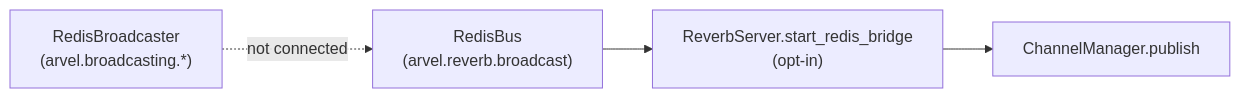
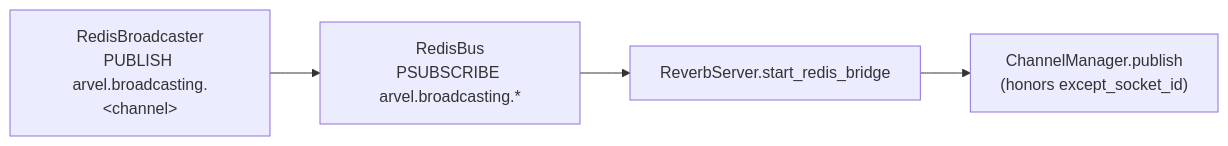
Before and after one commit to mohamed-rekiba/arvel: the third of 3 diagrams in docs/subsystems/broadcasting.md, drawn with Mermaid. The commit also changed other lines of this file and 7 other files, not shown here.

First line of the commit message:
fix(reverb): wire the Redis broadcast→Reverb fan-out per ADR-013 §4

````diff
--- a/docs/subsystems/broadcasting.md
+++ b/docs/subsystems/broadcasting.md
@@ -114,6 +114,6 @@
 ```mermaid
 flowchart LR
-    RB["RedisBroadcaster<br/>(arvel.broadcasting.*)"] -. "not connected" .-> RBus["RedisBus<br/>(arvel.reverb.broadcast)"]
-    RBus --> Bridge["ReverbServer.start_redis_bridge<br/>(opt-in)"]
-    Bridge --> CM["ChannelManager.publish"]
+    RB["RedisBroadcaster<br/>PUBLISH arvel.broadcasting.&lt;channel&gt;"] --> RBus["RedisBus<br/>PSUBSCRIBE arvel.broadcasting.*"]
+    RBus --> Bridge["ReverbServer.start_redis_bridge"]
+    Bridge --> CM["ChannelManager.publish<br/>(honors except_socket_id)"]
 ```
````
